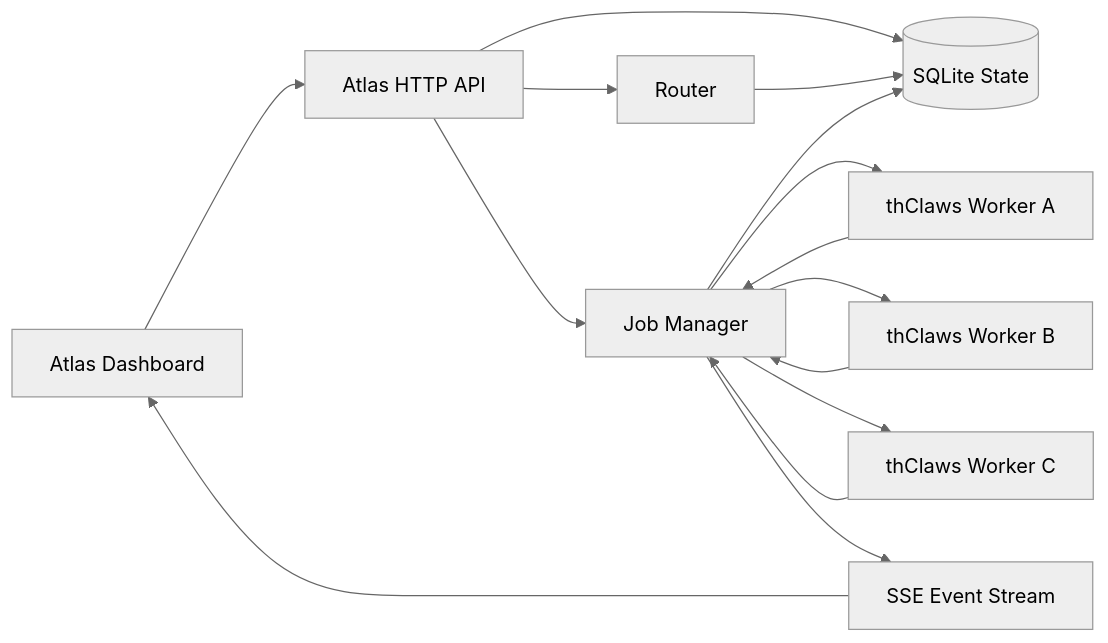
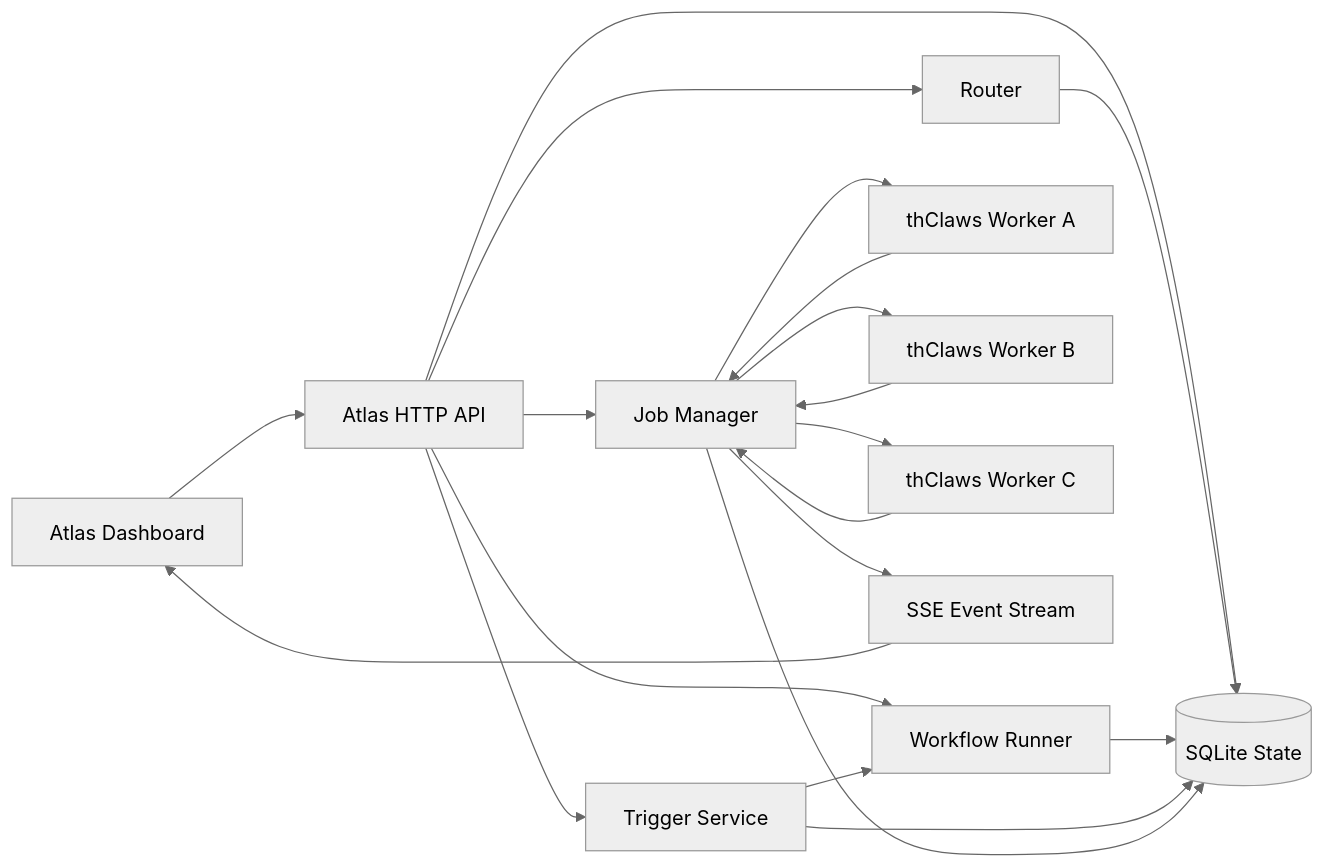
Before and after one commit to kaebmoo/atlas-control-plane: the diagram in docs/architecture.md, drawn with Mermaid (neutral theme). The commit also changed other lines of this file and 16 other files, not shown here.

````diff
--- a/docs/architecture.md
+++ b/docs/architecture.md
@@ -5,17 +5,22 @@
 ```mermaid
 flowchart LR
   UI["Atlas Dashboard"] --> API["Atlas HTTP API"]
   API --> DB[("SQLite State")]
   API --> Router["Router"]
   Router --> DB
+  API --> Workflows["Workflow Runner"]
+  API --> Triggers["Trigger Service"]
+  Workflows --> DB
+  Triggers --> Workflows
+  Triggers --> DB
   API --> Jobs["Job Manager"]
   Jobs --> DB
   Jobs --> W1["thClaws Worker A"]
   Jobs --> W2["thClaws Worker B"]
   Jobs --> W3["thClaws Worker C"]
   W1 --> Jobs
   W2 --> Jobs
   W3 --> Jobs
   Jobs --> Stream["SSE Event Stream"]
   Stream --> UI
 ```
````
